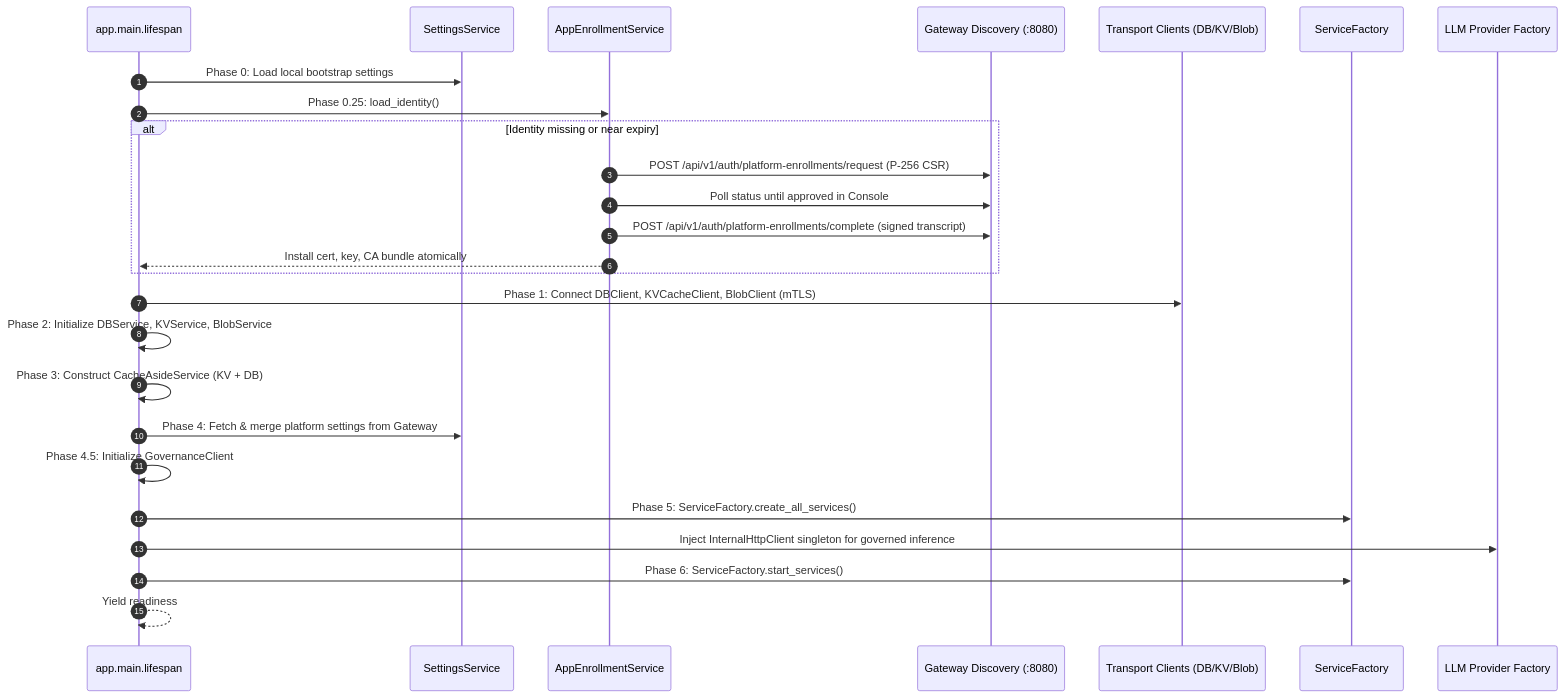
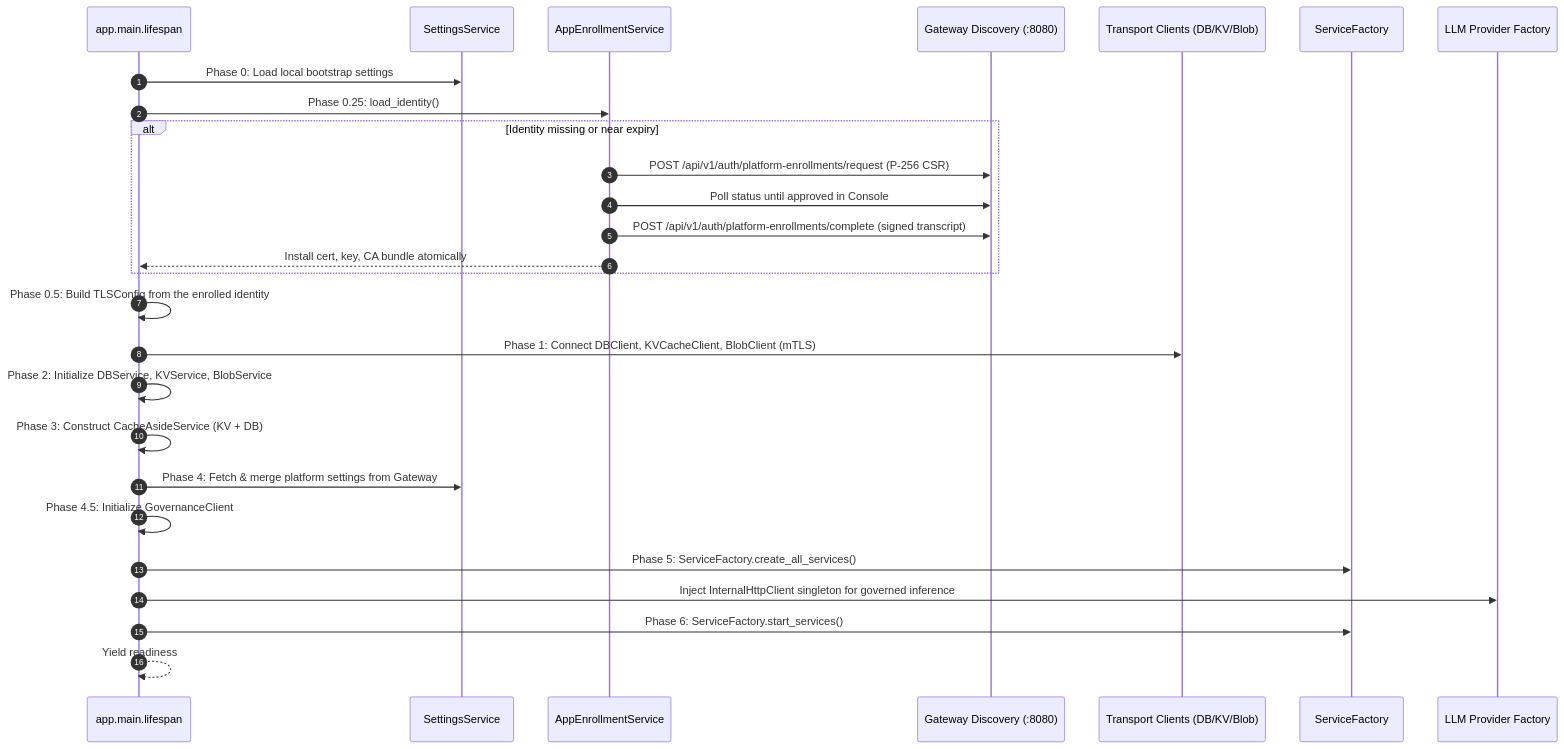
One commit to g8e-ai/g8e changed the first of 6 diagrams in docs/architecture/ensemble.md. Above: the diagram before and after it, drawn with Mermaid. The commit also changed other lines of this file and 46 other files, not shown here.

````diff
--- a/docs/architecture/ensemble.md
+++ b/docs/architecture/ensemble.md
@@ -180,29 +180,30 @@
 ```mermaid
 sequenceDiagram
     autonumber
     participant Main as app.main.lifespan
     participant Settings as SettingsService
     participant Enroll as AppEnrollmentService
     participant GW as Gateway Discovery (:8080)
     participant Clients as Transport Clients (DB/KV/Blob)
     participant Factory as ServiceFactory
     participant LLM as LLM Provider Factory
 
     Main->>Settings: Phase 0: Load local bootstrap settings
     Main->>Enroll: Phase 0.25: load_identity()
     alt Identity missing or near expiry
         Enroll->>GW: POST /api/v1/auth/platform-enrollments/request (P-256 CSR)
         Enroll->>GW: Poll status until approved in Console
         Enroll->>GW: POST /api/v1/auth/platform-enrollments/complete (signed transcript)
         Enroll-->>Main: Install cert, key, CA bundle atomically
     end
+    Main->>Main: Phase 0.5: Build TLSConfig from the enrolled identity
     Main->>Clients: Phase 1: Connect DBClient, KVCacheClient, BlobClient (mTLS)
     Main->>Main: Phase 2: Initialize DBService, KVService, BlobService
     Main->>Main: Phase 3: Construct CacheAsideService (KV + DB)
     Main->>Settings: Phase 4: Fetch & merge platform settings from Gateway
     Main->>Main: Phase 4.5: Initialize GovernanceClient
     Main->>Factory: Phase 5: ServiceFactory.create_all_services()
     Main->>LLM: Inject InternalHttpClient singleton for governed inference
     Main->>Factory: Phase 6: ServiceFactory.start_services()
     Main-->>Main: Yield readiness
 ```
````
